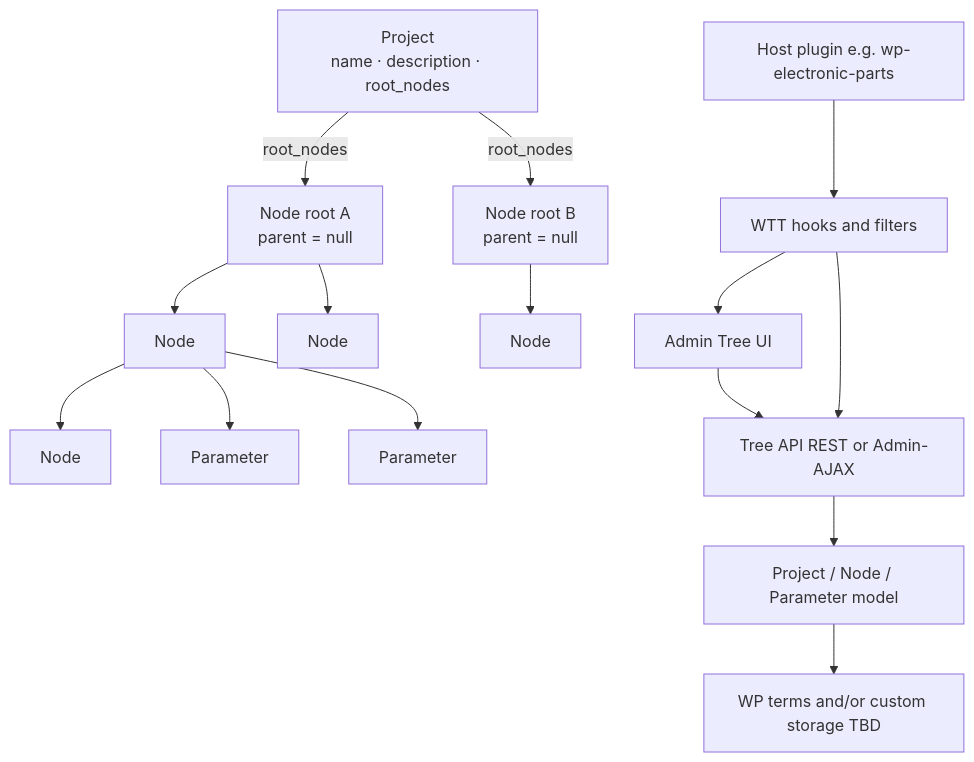
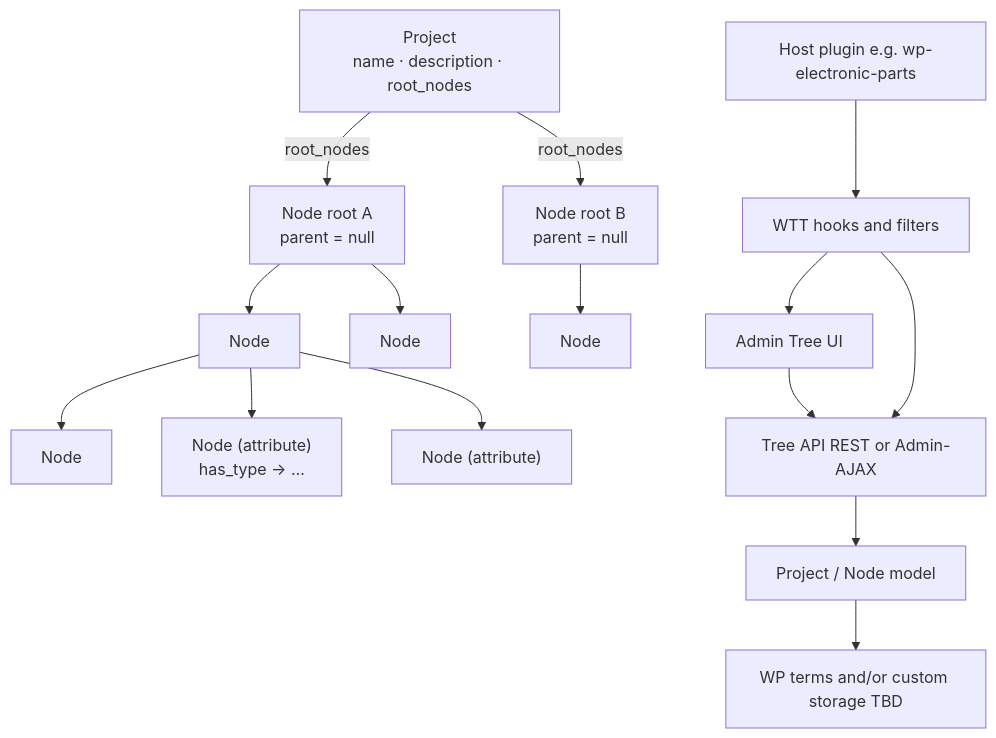
Before and after one commit to sfambach/wp-taxonomy-modeler: the first of 2 diagrams in docs/ARCHITECTURE.md, drawn with Mermaid. The commit also changed other lines of this file and 7 other files, not shown here.

````diff
--- a/docs/ARCHITECTURE.md
+++ b/docs/ARCHITECTURE.md
@@ -13,19 +13,19 @@
 ```mermaid
 flowchart TB
   Project["Project<br/>name · description · root_nodes"]
   Project -->|root_nodes| R1["Node root A<br/>parent = null"]
   Project -->|root_nodes| R2["Node root B<br/>parent = null"]
   R1 --> C1[Node]
   R1 --> C2[Node]
   C1 --> G1[Node]
   R2 --> C3[Node]
-  C1 --> P1[Parameter]
-  C1 --> P2[Parameter]
+  C1 --> A1["Node (attribute)<br/>has_type → …"]
+  C1 --> A2["Node (attribute)"]
 
   Host[Host plugin e.g. wp-electronic-parts] --> Hooks[WTT hooks and filters]
   Admin[Admin Tree UI] --> API[Tree API REST or Admin-AJAX]
-  API --> Model[Project / Node / Parameter model]
+  API --> Model[Project / Node model]
   Model --> Storage[WP terms and/or custom storage TBD]
   Hooks --> Admin
   Hooks --> API
 ```
````
